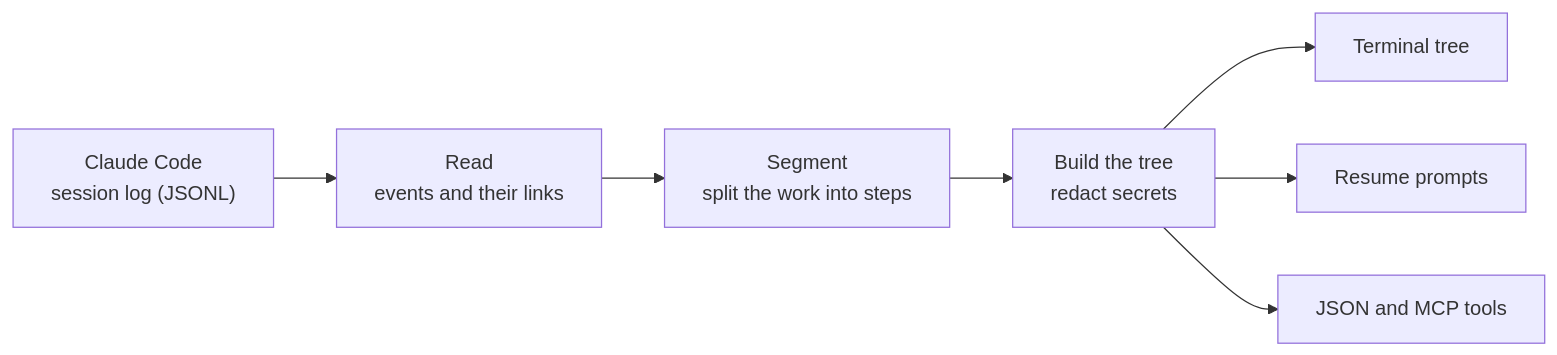
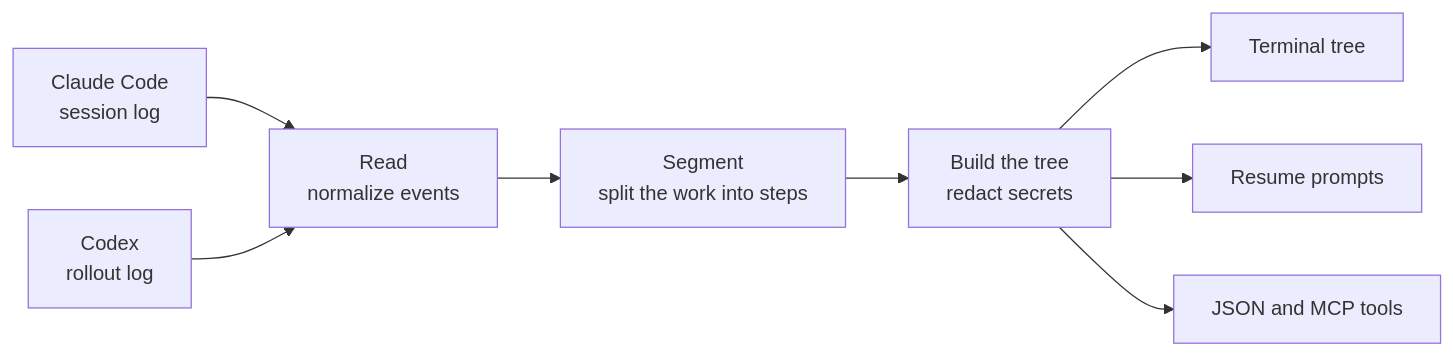
The diagram in README.md (lifrary/agent-tree), drawn with Mermaid before and after one commit. The commit also changed other lines of this file, not shown here.

First line of the commit message:
docs(readme): rework the README around agents, features and the roadmap

````diff
--- a/README.md
+++ b/README.md
@@ -276,9 +273,10 @@
 ```mermaid
 flowchart LR
-    log["Claude Code<br/>session log (JSONL)"] --> read["Read<br/>events and their links"]
+    claude["Claude Code<br/>session log"] --> read["Read<br/>normalize events"]
+    codex["Codex<br/>rollout log"] --> read
     read --> seg["Segment<br/>split the work into steps"]
     seg --> tree["Build the tree<br/>redact secrets"]
     tree --> term["Terminal tree"]
     tree --> resume["Resume prompts"]
     tree --> data["JSON and MCP tools"]
 ```
````
